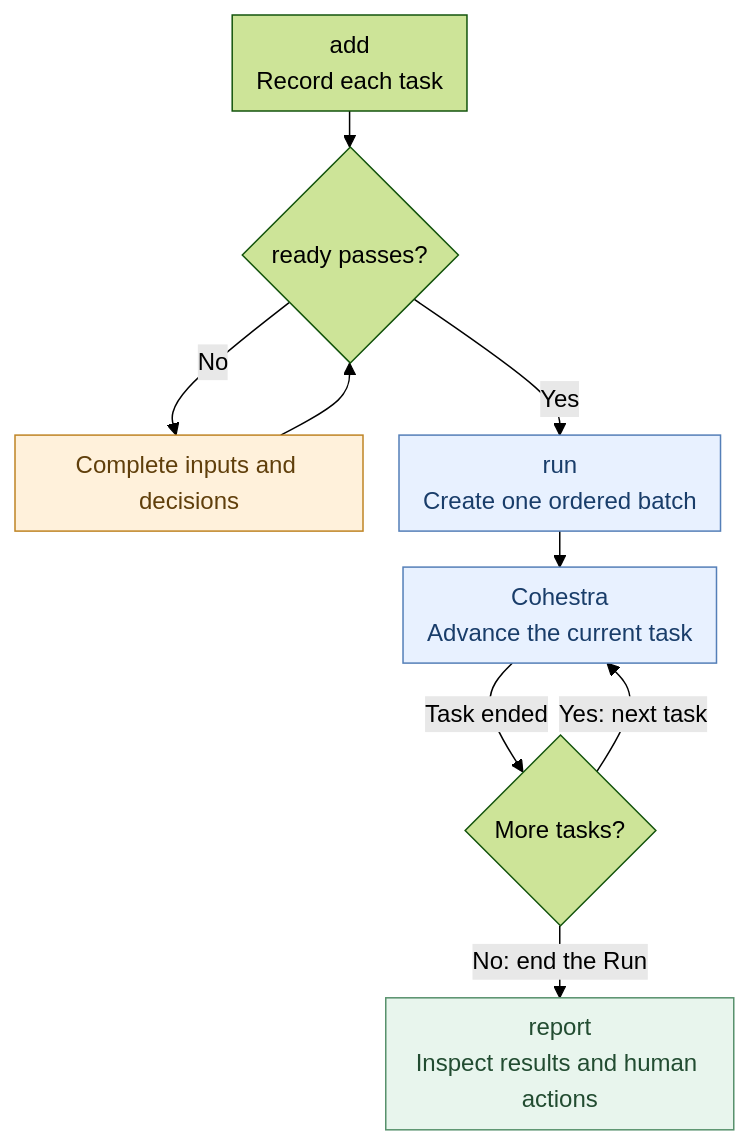
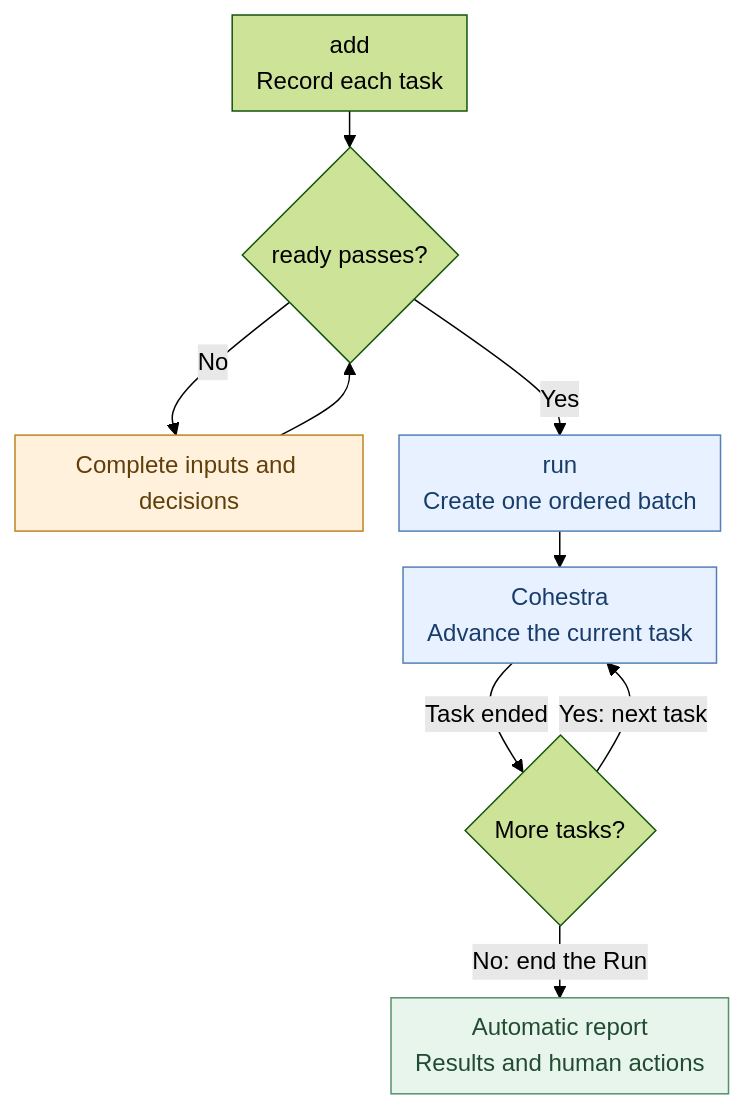
Before and after one commit to yuzio-ai/skills: the second of 4 diagrams in README.md, drawn with Mermaid (forest theme). The commit also changed other lines of this file and 22 other files, not shown here.

````diff
--- a/README.md
+++ b/README.md
@@ -180,24 +184,24 @@
 ```mermaid
 ---
 config:
   flowchart:
     rankSpacing: 24
     nodeSpacing: 24
     padding: 8
 ---
 flowchart TB
     A["add<br/>Record each task"] --> G{"ready passes?"}
     G -->|"No"| H["Complete inputs and decisions"]
     H --> G
     G -->|"Yes"| R["run<br/>Create one ordered batch"]
     R --> E["Cohestra<br/>Advance the current task"]
     E -->|"Task ended"| M{"More tasks?"}
     M -->|"Yes: next task"| E
-    M -->|"No: end the Run"| O["report<br/>Inspect results and human actions"]
+    M -->|"No: end the Run"| O["Automatic report<br/>Results and human actions"]
     class H human
     class R,E automatic
     class O result
     classDef human fill:#fff1db,stroke:#bf8424,color:#603f0b
     classDef automatic fill:#e8f1ff,stroke:#547fb8,color:#193d6a
     classDef result fill:#e8f5ed,stroke:#57916c,color:#224c31
 ```
````
